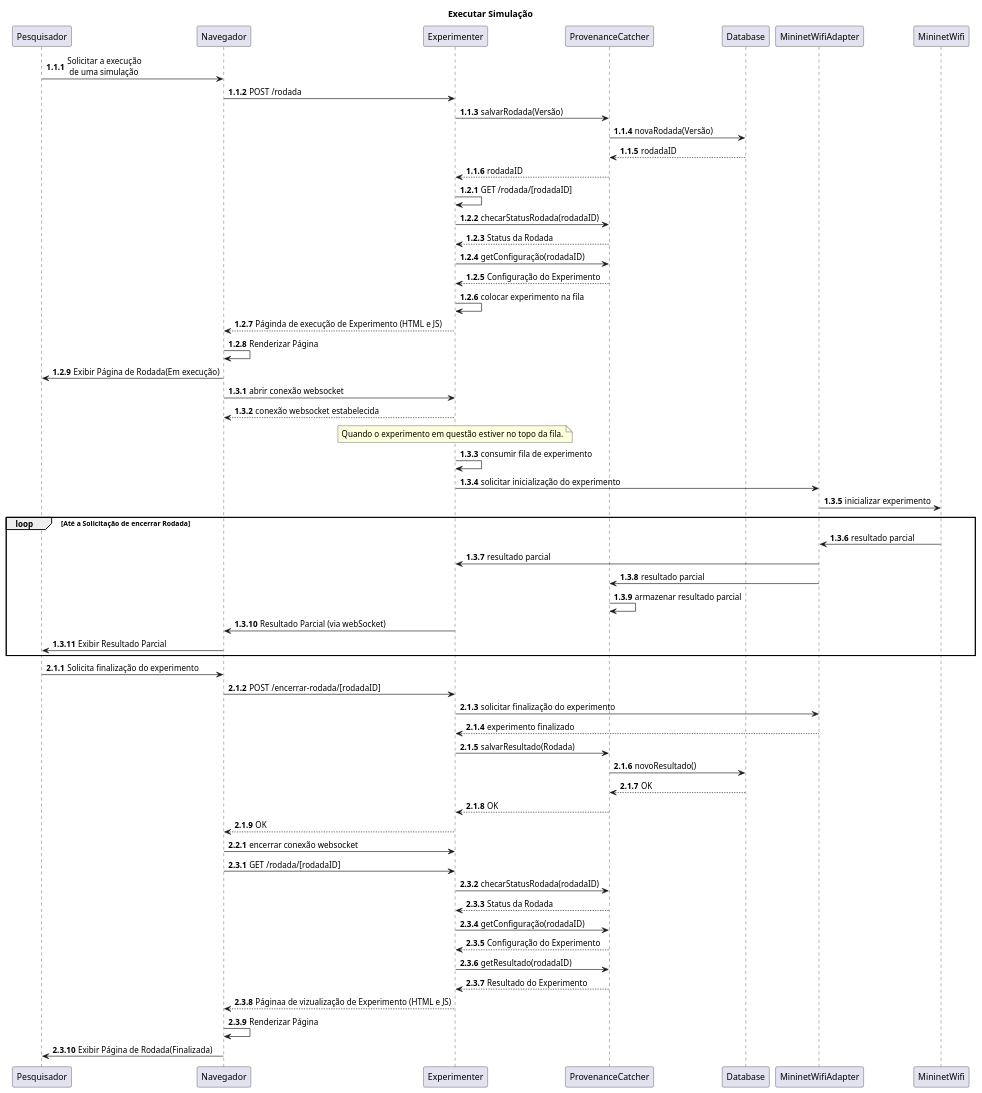
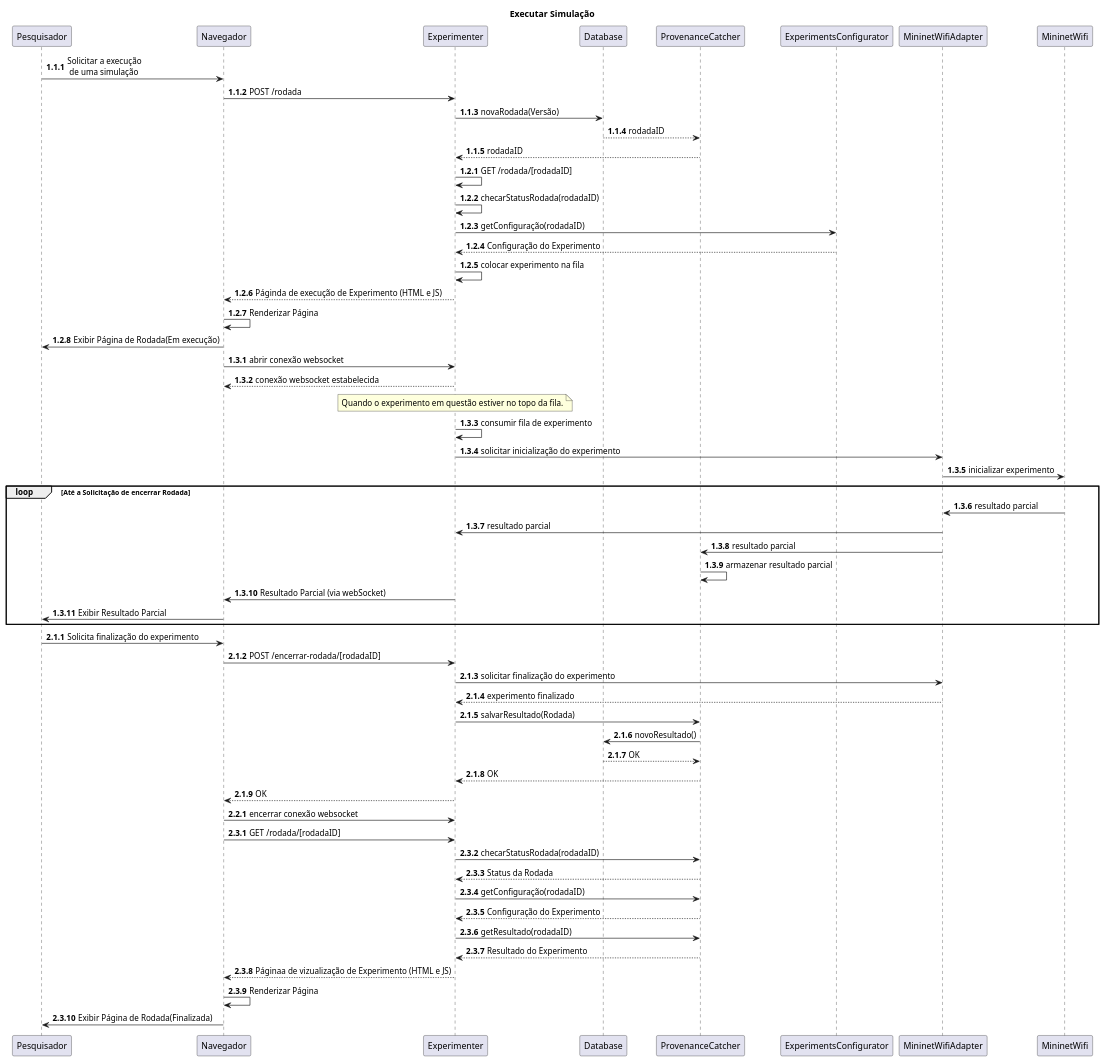
Before and after one commit to renanrodriguesmr/MiniManager: the diagram in docs/diagrams/src/sequenceDiagram.wsd, drawn with PlantUML. The commit also changed 6 other files, not shown here.

```diff
--- a/docs/diagrams/src/sequenceDiagram.wsd
+++ b/docs/diagrams/src/sequenceDiagram.wsd
@@ -1,68 +1,66 @@
 @startuml Diagrama de Sequência
 title Executar Simulação
 autonumber 1.1.1
 
 Pesquisador -> Navegador: Solicitar a execução\n de uma simulação
 Navegador -> Experimenter: POST /rodada
-Experimenter -> ProvenanceCatcher: salvarRodada(Versão)
-ProvenanceCatcher -> Database: novaRodada(Versão)
+Experimenter -> Database: novaRodada(Versão)
 Database --> ProvenanceCatcher: rodadaID
 ProvenanceCatcher --> Experimenter: rodadaID
 
 autonumber inc B
 Experimenter -> Experimenter: GET /rodada/[rodadaID]
-Experimenter -> ProvenanceCatcher: checarStatusRodada(rodadaID)
-ProvenanceCatcher --> Experimenter: Status da Rodada
-Experimenter -> ProvenanceCatcher: getConfiguração(rodadaID)
-ProvenanceCatcher --> Experimenter: Configuração do Experimento
+Experimenter -> Experimenter: checarStatusRodada(rodadaID)
+Experimenter -> ExperimentsConfigurator: getConfiguração(rodadaID)
+ExperimentsConfigurator --> Experimenter: Configuração do Experimento
 Experimenter -> Experimenter: colocar experimento na fila
 Experimenter --> Navegador: Páginda de execução de Experimento (HTML e JS)
 Navegador -> Navegador: Renderizar Página
 Navegador -> Pesquisador: Exibir Página de Rodada(Em execução)
 
 autonumber inc B
 Navegador -> Experimenter: abrir conexão websocket
 Experimenter --> Navegador: conexão websocket estabelecida
 note over Experimenter: Quando o experimento em questão estiver no topo da fila.
 Experimenter -> Experimenter: consumir fila de experimento
 Experimenter -> MininetWifiAdapter: solicitar inicialização do experimento
 MininetWifiAdapter -> MininetWifi: inicializar experimento
 loop Até a Solicitação de encerrar Rodada
     MininetWifi -> MininetWifiAdapter: resultado parcial
     MininetWifiAdapter -> Experimenter: resultado parcial
     MininetWifiAdapter -> ProvenanceCatcher: resultado parcial
     ProvenanceCatcher -> ProvenanceCatcher: armazenar resultado parcial
     Experimenter -> Navegador: Resultado Parcial (via webSocket)
     Navegador -> Pesquisador: Exibir Resultado Parcial
 end
 
 autonumber inc A
 Pesquisador -> Navegador: Solicita finalização do experimento
 Navegador -> Experimenter: POST /encerrar-rodada/[rodadaID]
 Experimenter -> MininetWifiAdapter: solicitar finalização do experimento
 MininetWifiAdapter --> Experimenter: experimento finalizado
 Experimenter -> ProvenanceCatcher: salvarResultado(Rodada)
 ProvenanceCatcher -> Database: novoResultado()
 Database --> ProvenanceCatcher: OK
 ProvenanceCatcher --> Experimenter: OK
 Experimenter --> Navegador: OK
 
 autonumber inc B
 Navegador -> Experimenter: encerrar conexão websocket
 
 autonumber inc B
 Navegador -> Experimenter: GET /rodada/[rodadaID]
 Experimenter -> ProvenanceCatcher: checarStatusRodada(rodadaID)
 ProvenanceCatcher --> Experimenter: Status da Rodada
 Experimenter -> ProvenanceCatcher: getConfiguração(rodadaID)
 ProvenanceCatcher --> Experimenter: Configuração do Experimento
 Experimenter -> ProvenanceCatcher: getResultado(rodadaID)
 ProvenanceCatcher --> Experimenter: Resultado do Experimento
 Experimenter --> Navegador: Páginaa de vizualização de Experimento (HTML e JS)
 Navegador -> Navegador: Renderizar Página
 Navegador -> Pesquisador: Exibir Página de Rodada(Finalizada)
 
 
 
 
 @enduml
```
